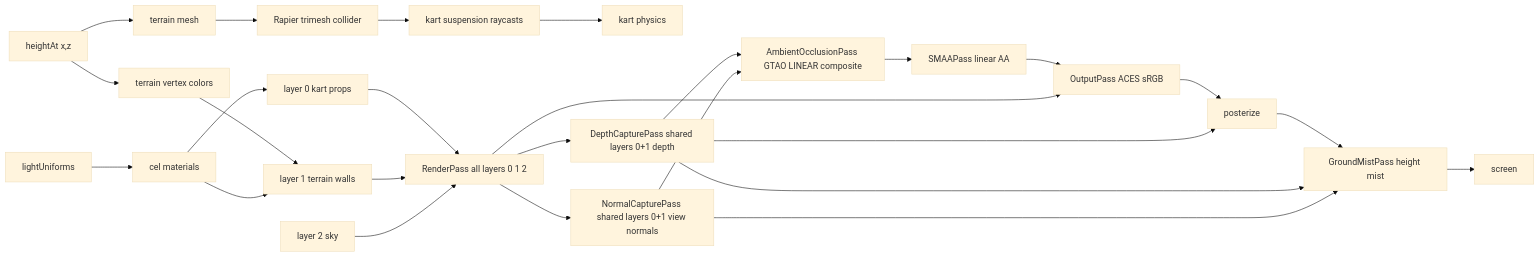
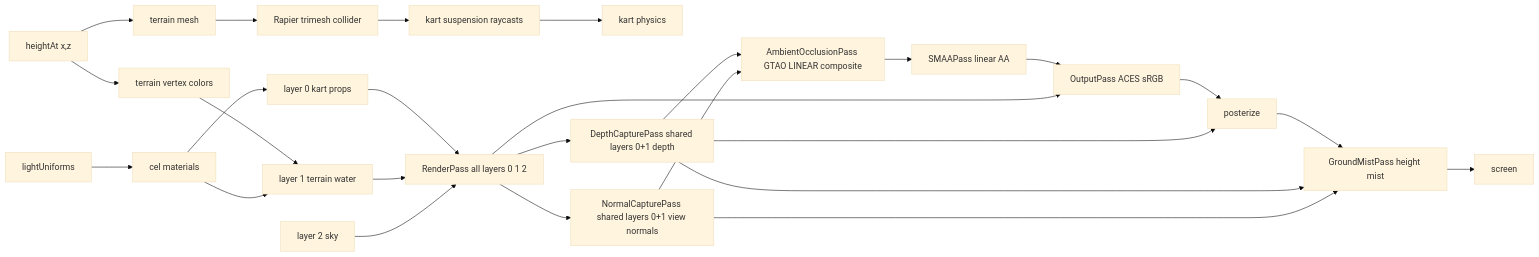
One commit to jjgroenendijk/cart-game changed the diagram in docs/knowledge/data-flows/render-pipeline.md. Above: the diagram before and after it, drawn with Mermaid (base theme). The commit also changed other lines of this file and 37 other files, not shown here.

````diff
--- a/docs/knowledge/data-flows/render-pipeline.md
+++ b/docs/knowledge/data-flows/render-pipeline.md
@@ -11,28 +11,28 @@
 ```mermaid
 flowchart LR
   height[heightAt x,z] --> mesh[terrain mesh]
   height --> color[terrain vertex colors]
   mesh --> collider[Rapier trimesh collider]
   collider --> suspension[kart suspension raycasts]
   suspension --> kart[kart physics]
-  color --> layer1[layer 1 terrain walls]
+  color --> layer1[layer 1 terrain water]
   light[lightUniforms] --> cel[cel materials]
   cel --> layer0[layer 0 kart props]
   cel --> layer1
   layer0 --> renderPass[RenderPass all layers 0 1 2]
   layer1 --> renderPass
   sky[layer 2 sky] --> renderPass
   renderPass --> depthCapture[DepthCapturePass shared layers 0+1 depth]
   renderPass --> normalCapture[NormalCapturePass shared layers 0+1 view normals]
   depthCapture --> ao[AmbientOcclusionPass GTAO LINEAR composite]
   normalCapture --> ao
   ao --> smaa[SMAAPass linear AA]
   smaa --> output[OutputPass ACES sRGB]
   renderPass --> output
   output --> posterize
   depthCapture --> posterize
   posterize --> mist[GroundMistPass height mist]
   depthCapture --> mist
   normalCapture --> mist
   mist --> screen[screen]
 ```
````
